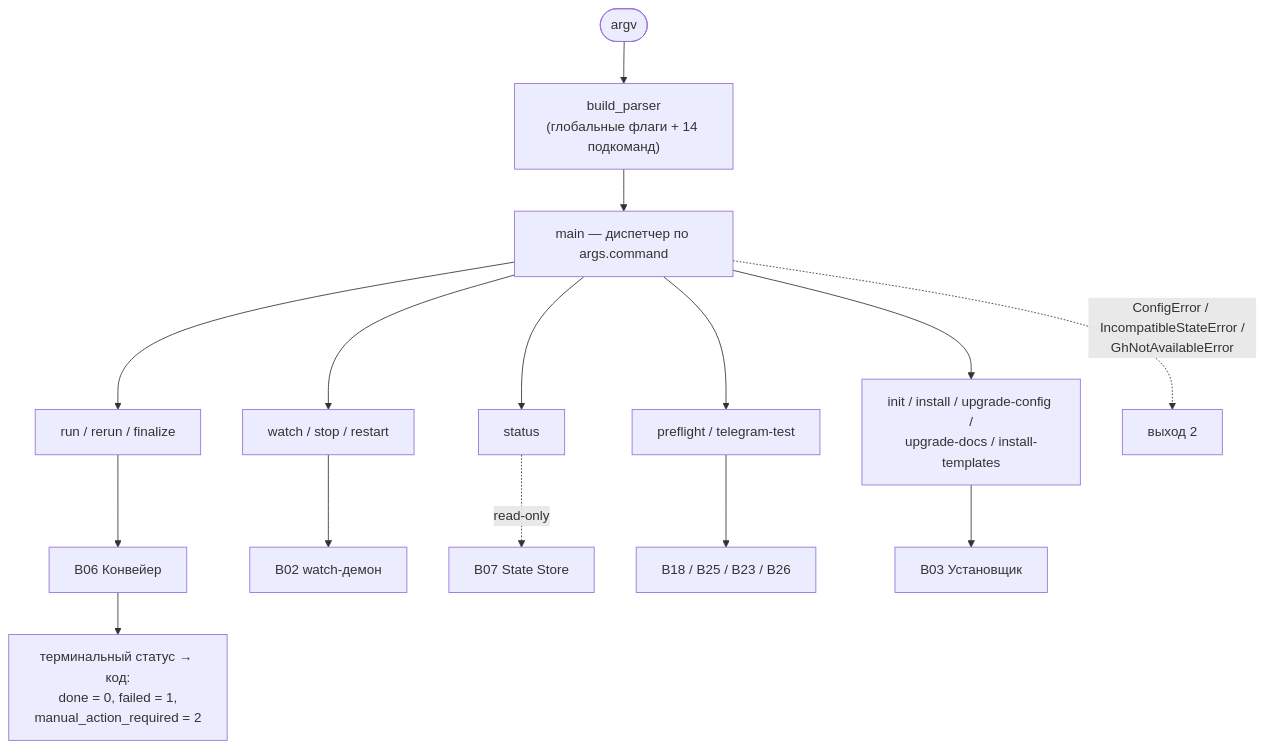
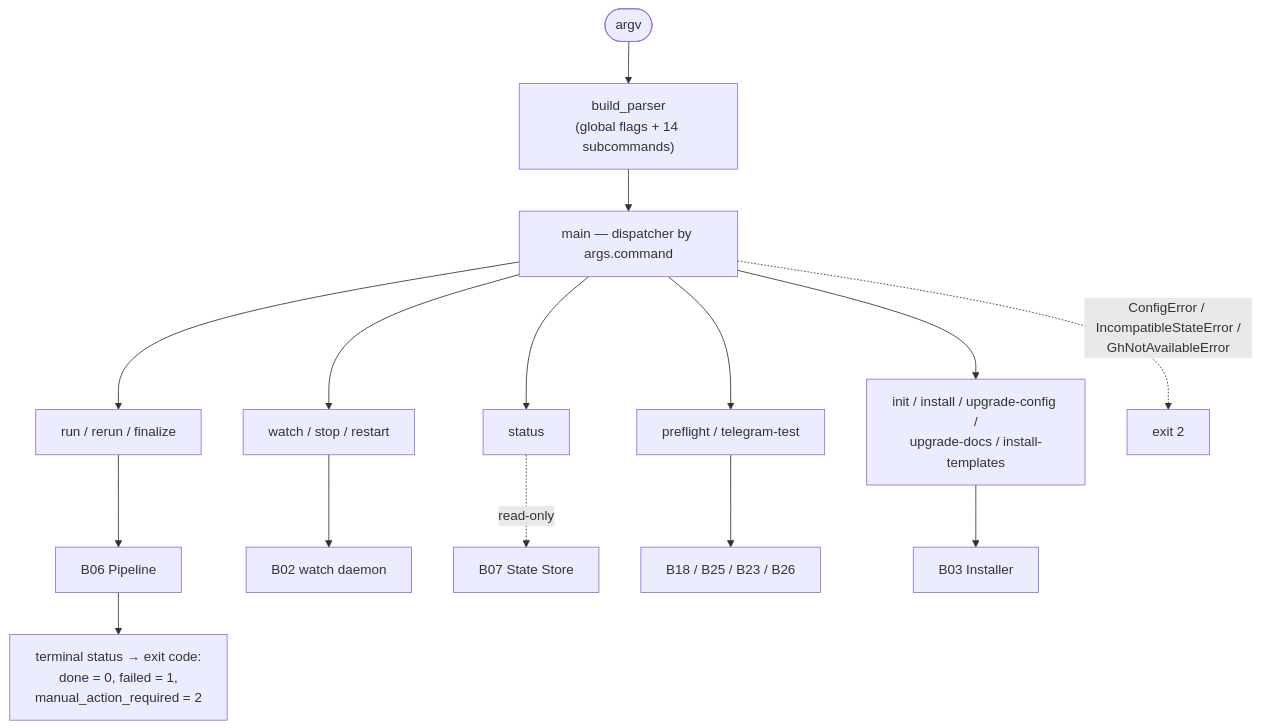
One commit to VladimirMakarevich/wastech-orchestrator changed the diagram in docs/functional/blocks/B01-cli-and-operator-commands.md. Above: the diagram before and after it, drawn with Mermaid. The commit also changed other lines of this file and 41 other files, not shown here.

Commit message:
docs: translate system flows documentation from Russian to English, ensuring clarity and consistency in terminology. Update sequence diagrams and flowcharts to reflect the changes in language. Maintain the structure and references to blocks for ease of navigation.

````diff
--- a/docs/functional/blocks/B01-cli-and-operator-commands.md
+++ b/docs/functional/blocks/B01-cli-and-operator-commands.md
@@ -45,20 +45,20 @@
 ```mermaid
 flowchart TB
-    argv(["argv"]) --> parser["build_parser<br/>(глобальные флаги + 14 подкоманд)"]
-    parser --> main["main — диспетчер по args.command"]
+    argv(["argv"]) --> parser["build_parser<br/>(global flags + 14 subcommands)"]
+    parser --> main["main — dispatcher by args.command"]
 
     main --> c_run["run / rerun / finalize"]
     main --> c_watch["watch / stop / restart"]
     main --> c_status["status"]
     main --> c_diag["preflight / telegram-test"]
     main --> c_inst["init / install / upgrade-config /<br/>upgrade-docs / install-templates"]
 
-    c_run --> B06["B06 Конвейер"]
-    c_watch --> B02["B02 watch-демон"]
+    c_run --> B06["B06 Pipeline"]
+    c_watch --> B02["B02 watch daemon"]
     c_status -.->|"read-only"| B07["B07 State Store"]
     c_diag --> svc["B18 / B25 / B23 / B26"]
-    c_inst --> B03["B03 Установщик"]
+    c_inst --> B03["B03 Installer"]
 
-    B06 --> codes["терминальный статус → код:<br/>done = 0, failed = 1,<br/>manual_action_required = 2"]
-    main -.->|"ConfigError / IncompatibleStateError /<br/>GhNotAvailableError"| err2["выход 2"]
+    B06 --> codes["terminal status → exit code:<br/>done = 0, failed = 1,<br/>manual_action_required = 2"]
+    main -.->|"ConfigError / IncompatibleStateError /<br/>GhNotAvailableError"| err2["exit 2"]
 ```
````
